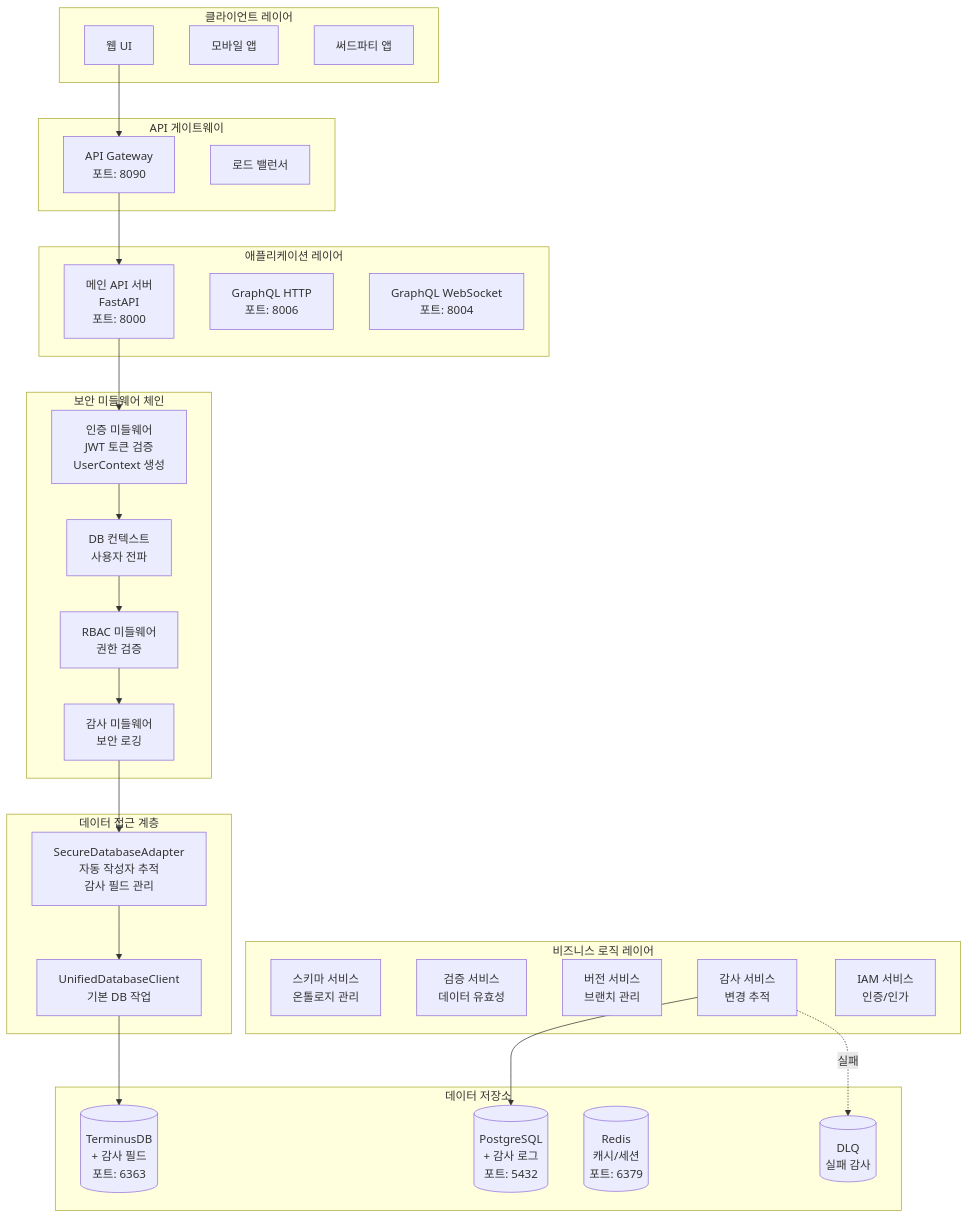
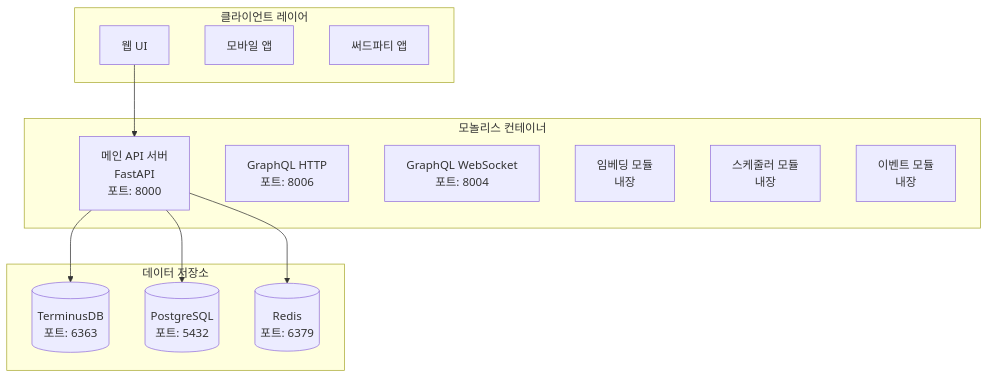
One commit to ludia8888/Icon-Blaster changed the first of 2 diagrams in oms-monolith/README.md. Above: the diagram before and after it, drawn with Mermaid. The commit also changed other lines of this file and 233 other files, not shown here.

````diff
--- a/oms-monolith/README.md
+++ b/oms-monolith/README.md
@@ -53,58 +60,28 @@
 ```mermaid
 graph TB
     subgraph "클라이언트 레이어"
         WebUI[웹 UI]
         MobileApp[모바일 앱]
         ThirdParty[써드파티 앱]
     end
 
-    subgraph "API 게이트웨이"
-        APIGateway[API Gateway<br/>포트: 8090]
-        LoadBalancer[로드 밸런서]
-    end
-
-    subgraph "애플리케이션 레이어"
+    subgraph "모놀리스 컨테이너"
         MainAPI[메인 API 서버<br/>FastAPI<br/>포트: 8000]
         GraphQLHTTP[GraphQL HTTP<br/>포트: 8006]
         GraphQLWS[GraphQL WebSocket<br/>포트: 8004]
-    end
-
-    subgraph "보안 미들웨어 체인"
-        AuthMiddleware[인증 미들웨어<br/>JWT 토큰 검증<br/>UserContext 생성]
-        DatabaseContext[DB 컨텍스트<br/>사용자 전파]
-        RBACMiddleware[RBAC 미들웨어<br/>권한 검증]
-        AuditMiddleware[감사 미들웨어<br/>보안 로깅]
-    end
-
-    subgraph "데이터 접근 계층"
-        SecureDB[SecureDatabaseAdapter<br/>자동 작성자 추적<br/>감사 필드 관리]
-        UnifiedDB[UnifiedDatabaseClient<br/>기본 DB 작업]
-    end
-
-    subgraph "비즈니스 로직 레이어"
-        SchemaService[스키마 서비스<br/>온톨로지 관리]
-        ValidationService[검증 서비스<br/>데이터 유효성]
-        VersionService[버전 서비스<br/>브랜치 관리]
-        AuditService[감사 서비스<br/>변경 추적]
-        IAMService[IAM 서비스<br/>인증/인가]
+        EmbeddingModule[임베딩 모듈<br/>내장]
+        SchedulerModule[스케줄러 모듈<br/>내장]
+        EventModule[이벤트 모듈<br/>내장]
     end
 
     subgraph "데이터 저장소"
-        TerminusDB[(TerminusDB<br/>+ 감사 필드<br/>포트: 6363)]
-        PostgreSQL[(PostgreSQL<br/>+ 감사 로그<br/>포트: 5432)]
-        Redis[(Redis<br/>캐시/세션<br/>포트: 6379)]
-        DLQ[(DLQ<br/>실패 감사)]
+        TerminusDB[(TerminusDB<br/>포트: 6363)]
+        PostgreSQL[(PostgreSQL<br/>포트: 5432)]
+        Redis[(Redis<br/>포트: 6379)]
     end
 
-    WebUI --> APIGateway
-    APIGateway --> MainAPI
-    MainAPI --> AuthMiddleware
-    AuthMiddleware --> DatabaseContext
-    DatabaseContext --> RBACMiddleware
-    RBACMiddleware --> AuditMiddleware
-    AuditMiddleware --> SecureDB
-    SecureDB --> UnifiedDB
-    UnifiedDB --> TerminusDB
-    AuditService --> PostgreSQL
-    AuditService -.->|실패| DLQ
+    WebUI --> MainAPI
+    MainAPI --> TerminusDB
+    MainAPI --> PostgreSQL
+    MainAPI --> Redis
 ```
````
